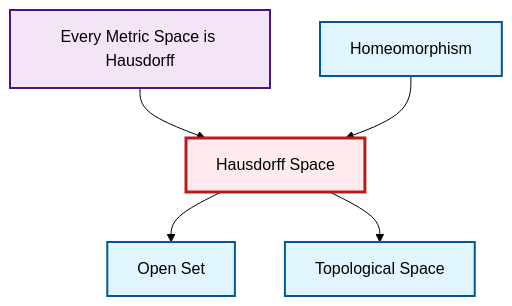
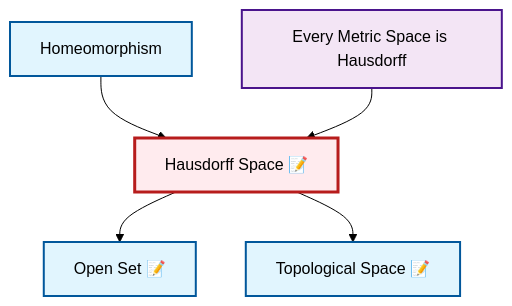
The diagram in output/mermaid/en/def-hausdorff.mermaid (RK0429/ModernMath), drawn with Mermaid (forest theme) before and after one commit. The commit also changed 1779 other files, not shown here.

```diff
--- a/output/mermaid/en/def-hausdorff.mermaid
+++ b/output/mermaid/en/def-hausdorff.mermaid
@@ -1,16 +1,16 @@
 graph TD
     classDef definition fill:#e1f5fe,stroke:#01579b,stroke-width:2px
     classDef theorem fill:#f3e5f5,stroke:#4a148c,stroke-width:2px
     classDef axiom fill:#fff3e0,stroke:#e65100,stroke-width:2px
     classDef example fill:#e8f5e9,stroke:#1b5e20,stroke-width:2px
     classDef current fill:#ffebee,stroke:#b71c1c,stroke-width:3px
-    def-hausdorff["Hausdorff Space"]:::definition
-    def-topological-space["Topological Space"]:::definition
-    def-open-set["Open Set"]:::definition
+    def-homeomorphism["Homeomorphism"]:::definition
+    def-hausdorff["Hausdorff Space 📝"]:::definition
     thm-metric-hausdorff["Every Metric Space is Hausdorff"]:::theorem
-    def-homeomorphism["Homeomorphism"]:::definition
+    def-open-set["Open Set 📝"]:::definition
+    def-topological-space["Topological Space 📝"]:::definition
+    def-homeomorphism --> def-hausdorff
+    thm-metric-hausdorff --> def-hausdorff
     def-hausdorff --> def-open-set
-    thm-metric-hausdorff --> def-hausdorff
     def-hausdorff --> def-topological-space
-    def-homeomorphism --> def-hausdorff
     class def-hausdorff current
```
